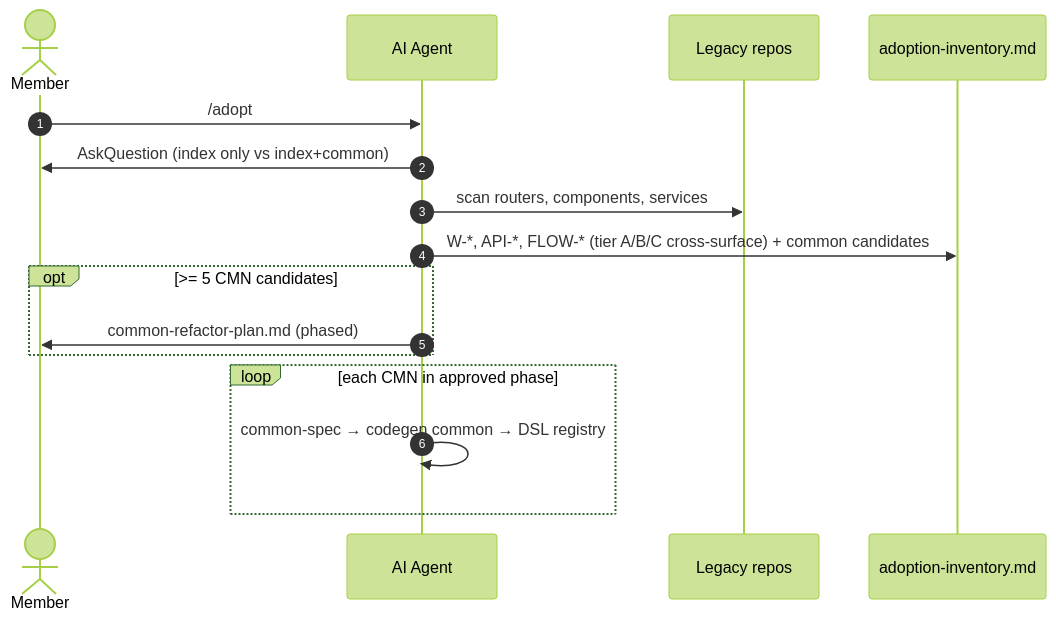
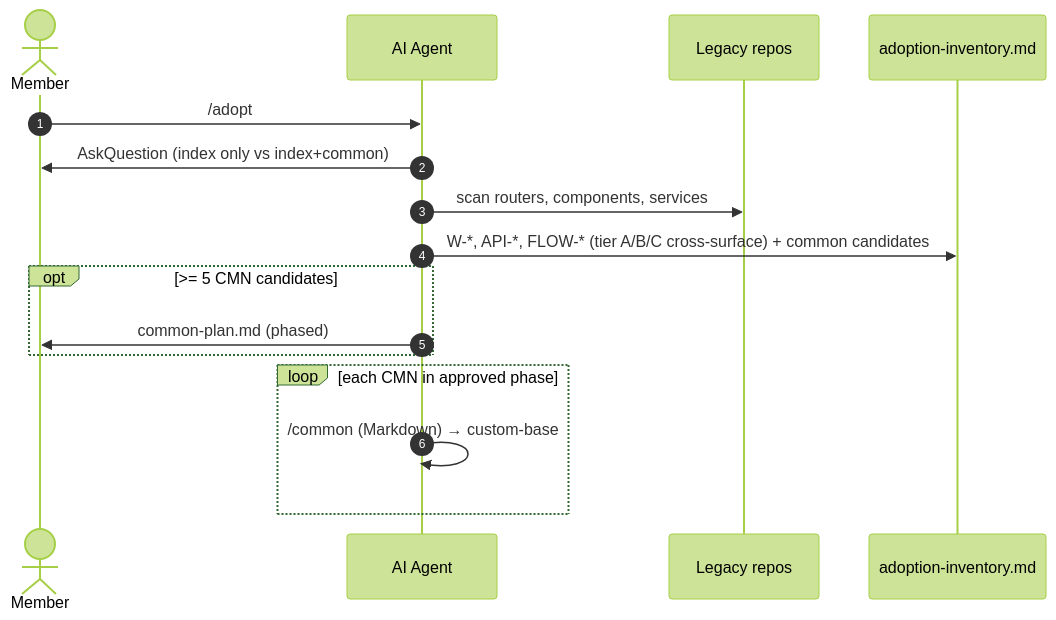
The diagram in workflows/legacy-brownfield.md (ShanYuCoder/flowgrid-docs), drawn with Mermaid (forest theme) before and after one commit. The commit also changed other lines of this file and 11 other files, not shown here.

````diff
--- a/workflows/legacy-brownfield.md
+++ b/workflows/legacy-brownfield.md
@@ -34,19 +34,19 @@
 ```mermaid
 sequenceDiagram
     autonumber
     actor Member as Member
     participant Agent as AI Agent
     participant Legacy as Legacy repos
     participant Inv as adoption-inventory.md
 
     Member->>Agent: /adopt
     Agent->>Member: AskQuestion (index only vs index+common)
     Agent->>Legacy: scan routers, components, services
     Agent->>Inv: W-*, API-*, FLOW-* (tier A/B/C cross-surface) + common candidates
     opt >= 5 CMN candidates
-        Agent->>Member: common-refactor-plan.md (phased)
+        Agent->>Member: common-plan.md (phased)
     end
     loop each CMN in approved phase
-        Agent->>Agent: common-spec → codegen common → DSL registry
+        Agent->>Agent: /common (Markdown) → custom-base
     end
 ```
````
